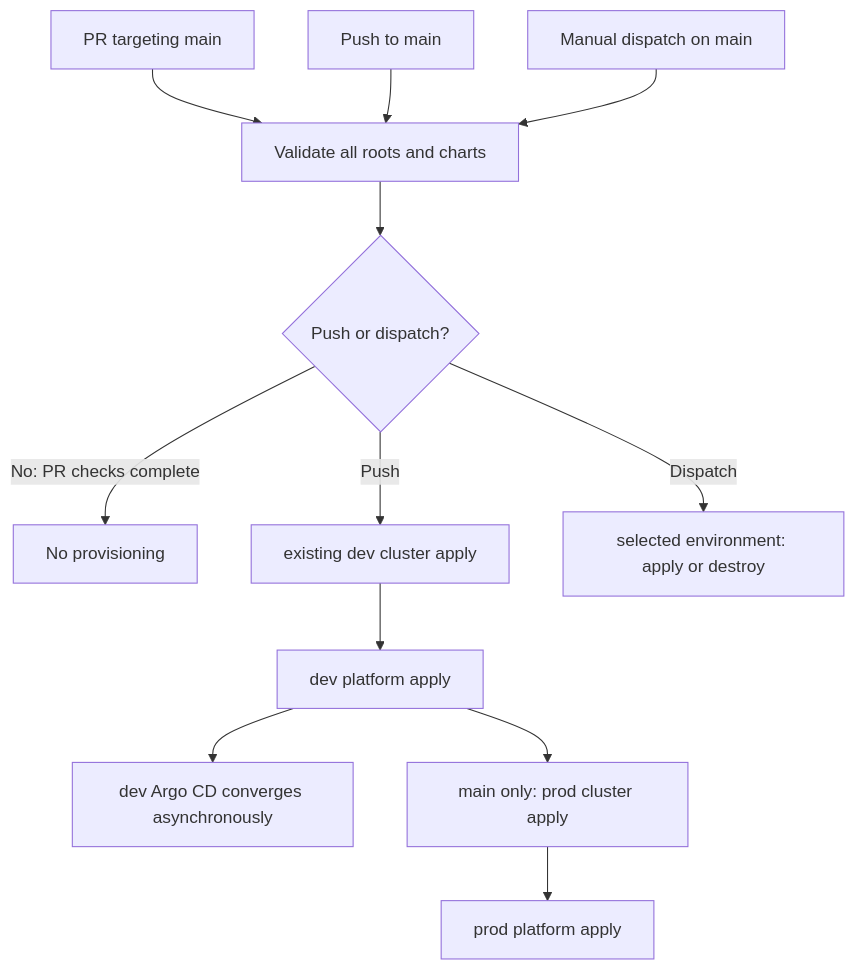
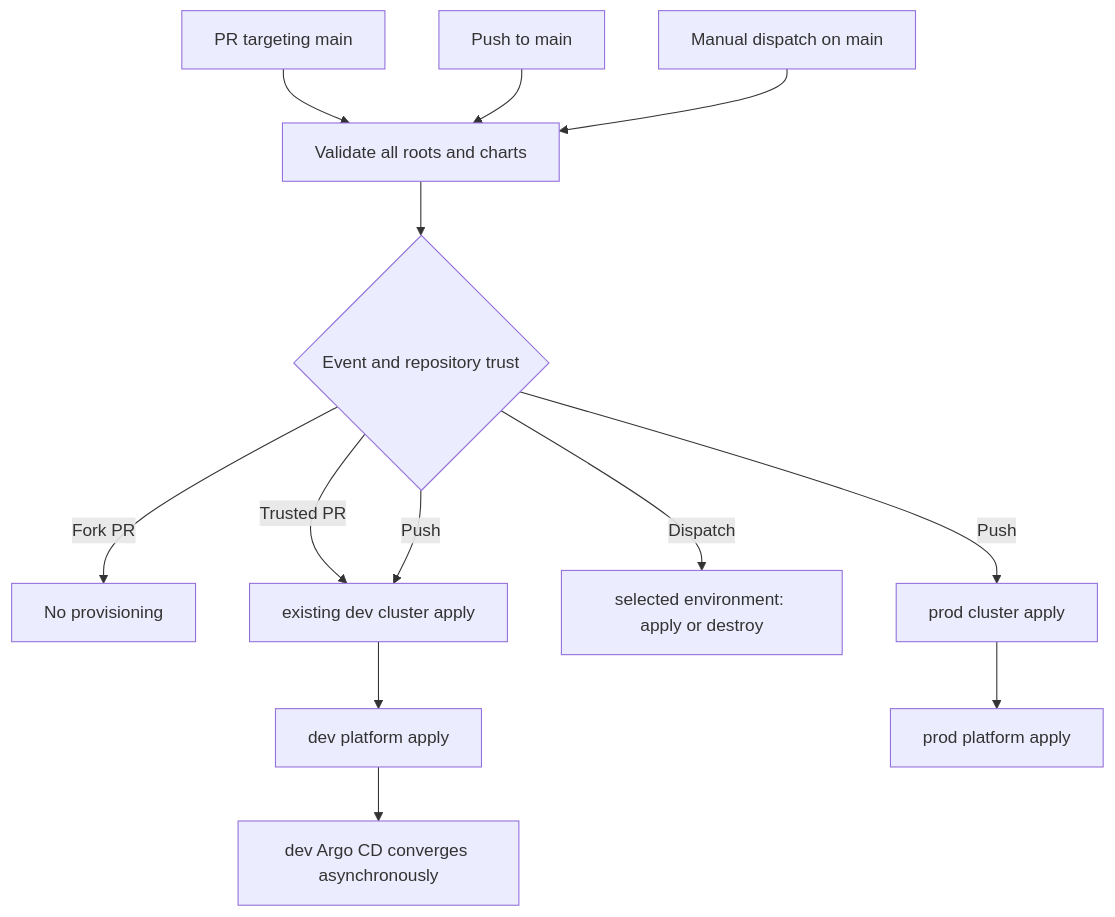
One commit to phuchoang2603/talos-proxmox changed the second of 2 diagrams in docs/architecture/terraform-ci.md. Above: the diagram before and after it, drawn with Mermaid. The commit also changed other lines of this file and 3 other files, not shown here.

Commit message:
Deploy dev and prod independently after CI validation

````diff
--- a/docs/architecture/terraform-ci.md
+++ b/docs/architecture/terraform-ci.md
@@ -36,14 +36,15 @@
 ```mermaid
 flowchart TD
     PR["PR targeting main"] --> Lint["Validate all roots and charts"]
     Push["Push to main"] --> Lint
     Dispatch["Manual dispatch on main"] --> Lint
-    Lint --> Trigger{"Push or dispatch?"}
-    Trigger -->|"No: PR checks complete"| Done["No provisioning"]
+    Lint --> Trigger{"Event and repository trust"}
+    Trigger -->|"Fork PR"| Done["No provisioning"]
+    Trigger -->|"Trusted PR"| DevCluster
     Trigger -->|"Push"| DevCluster["existing dev cluster apply"]
     Trigger -->|"Dispatch"| Selected["selected environment: apply or destroy"]
     DevCluster --> DevPlatform["dev platform apply"]
     DevPlatform --> DevArgo["dev Argo CD converges asynchronously"]
-    DevPlatform --> ProdCluster["main only: prod cluster apply"]
+    Trigger -->|"Push"| ProdCluster["prod cluster apply"]
     ProdCluster --> ProdPlatform["prod platform apply"]
 ```
````
